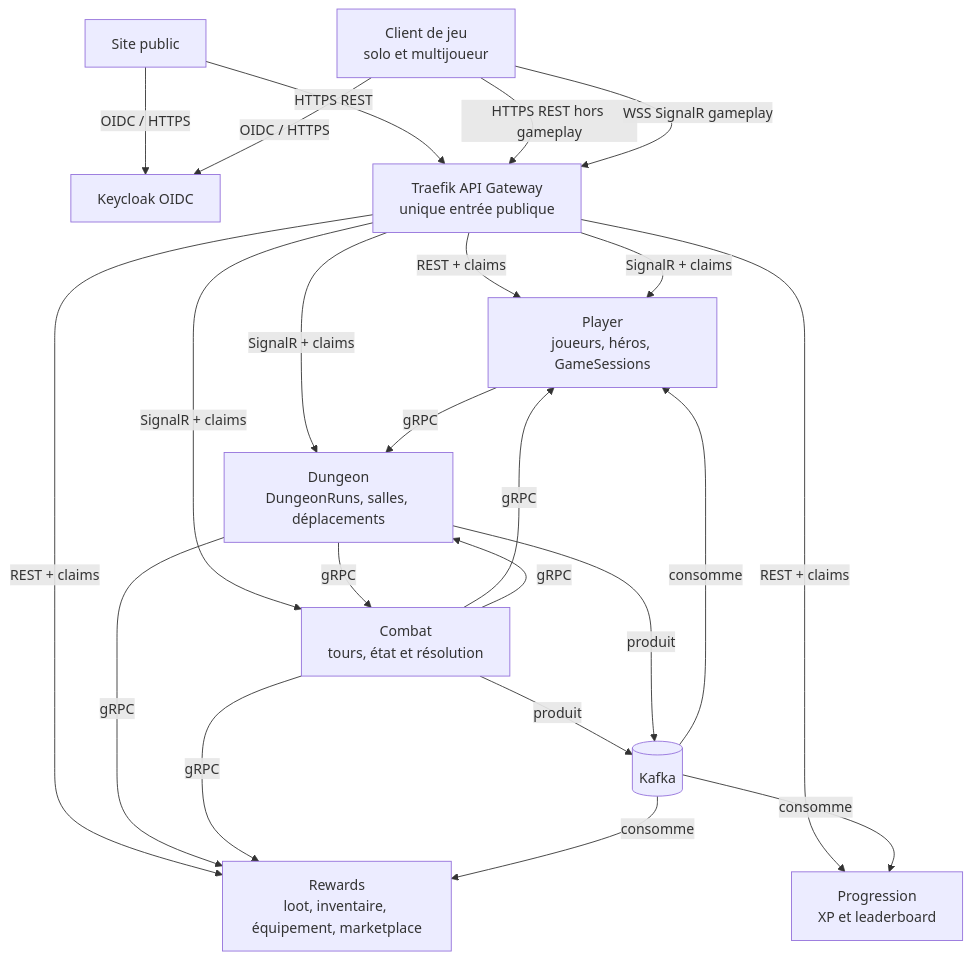
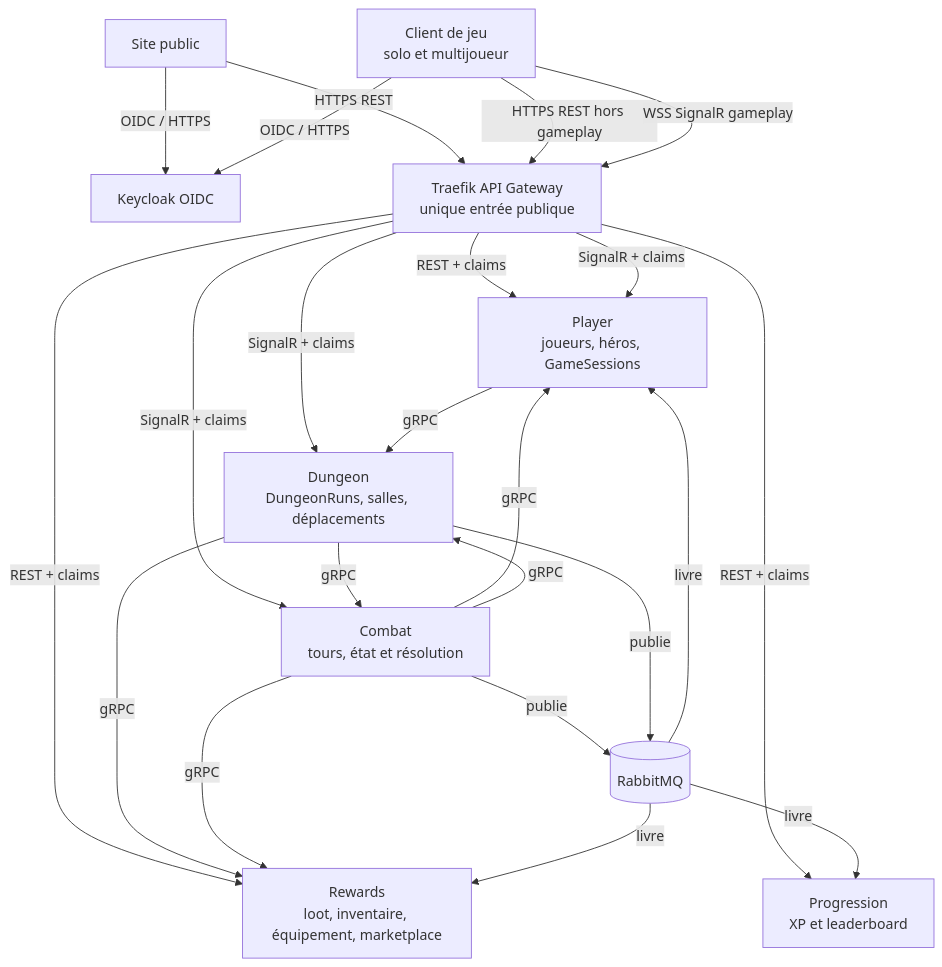
One commit to ProjectLanternDI3P1P2/combat-backend changed the first of 6 diagrams in docs/architecture/ARCHITECTURE_DES_COMMUNICATIONS_MICROSERVICES.fr.md. Above: the diagram before and after it, drawn with Mermaid. The commit also changed other lines of this file and 13 other files, not shown here.

````diff
--- a/docs/architecture/ARCHITECTURE_DES_COMMUNICATIONS_MICROSERVICES.fr.md
+++ b/docs/architecture/ARCHITECTURE_DES_COMMUNICATIONS_MICROSERVICES.fr.md
@@ -16,35 +16,35 @@
 ```mermaid
 flowchart TB
   Site[Site public]
   Client[Client de jeu\nsolo et multijoueur]
   Keycloak[Keycloak OIDC]
   Gateway[Traefik API Gateway\nunique entrée publique]
   Player[Player\njoueurs, héros, GameSessions]
   Dungeon[Dungeon\nDungeonRuns, salles, déplacements]
   Combat[Combat\ntours, état et résolution]
   Rewards[Rewards\nloot, inventaire, équipement, marketplace]
   Progression[Progression\nXP et leaderboard]
-  Kafka[(Kafka)]
+  RabbitMQ[(RabbitMQ)]
   Site -->|OIDC / HTTPS| Keycloak
   Client -->|OIDC / HTTPS| Keycloak
   Site -->|HTTPS REST| Gateway
   Client -->|HTTPS REST hors gameplay| Gateway
   Client -->|WSS SignalR gameplay| Gateway
   Gateway -->|REST + claims| Player
   Gateway -->|REST + claims| Rewards
   Gateway -->|REST + claims| Progression
   Gateway -->|SignalR + claims| Player
   Gateway -->|SignalR + claims| Dungeon
   Gateway -->|SignalR + claims| Combat
   Player -->|gRPC| Dungeon
   Dungeon -->|gRPC| Combat
   Dungeon -->|gRPC| Rewards
   Combat -->|gRPC| Player
   Combat -->|gRPC| Rewards
   Combat -->|gRPC| Dungeon
-  Combat -->|produit| Kafka
-  Dungeon -->|produit| Kafka
-  Kafka -->|consomme| Rewards
-  Kafka -->|consomme| Progression
-  Kafka -->|consomme| Player
+  Combat -->|publie| RabbitMQ
+  Dungeon -->|publie| RabbitMQ
+  RabbitMQ -->|livre| Rewards
+  RabbitMQ -->|livre| Progression
+  RabbitMQ -->|livre| Player
 ```
````
